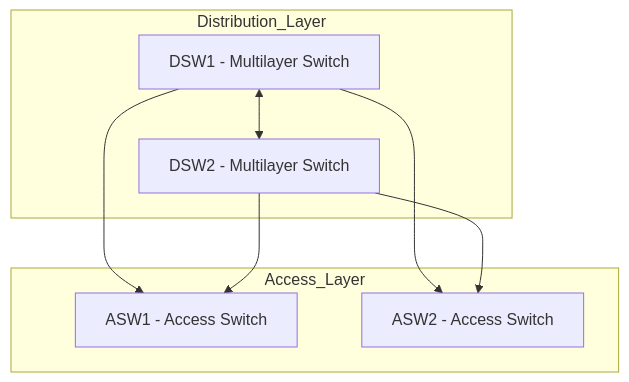
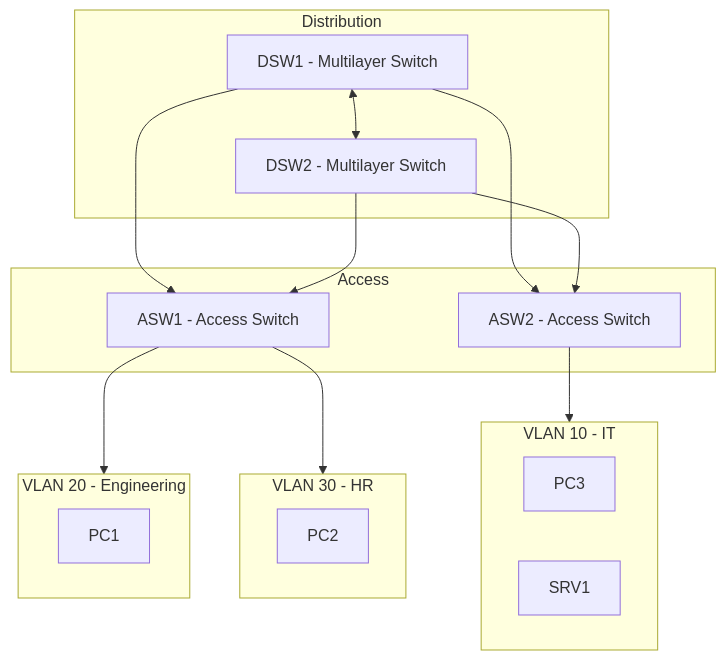
The diagram in README.md (japalbornoz/Multilayer-Campus-Redundancy-Design), drawn with Mermaid before and after one commit.

````diff
--- a/README.md
+++ b/README.md
@@ -48,19 +48,38 @@
 ```mermaid
 flowchart TB
 
-  subgraph Distribution_Layer
+  subgraph Distribution
     DSW1["DSW1 - Multilayer Switch"]
     DSW2["DSW2 - Multilayer Switch"]
   end
 
-  subgraph Access_Layer
+  subgraph Access
     ASW1["ASW1 - Access Switch"]
     ASW2["ASW2 - Access Switch"]
   end
 
   DSW1 <--> DSW2
+
   DSW1 --> ASW1
+  DSW2 --> ASW1
+
   DSW1 --> ASW2
-  DSW2 --> ASW1
   DSW2 --> ASW2
+
+  subgraph VLAN20["VLAN 20 - Engineering"]
+    PC1["PC1"]
+  end
+
+  subgraph VLAN30["VLAN 30 - HR"]
+    PC2["PC2"]
+  end
+
+  subgraph VLAN10["VLAN 10 - IT"]
+    PC3["PC3"]
+    SRV1["SRV1"]
+  end
+
+  ASW1 --> VLAN20
+  ASW1 --> VLAN30
+  ASW2 --> VLAN10
 ```
````
